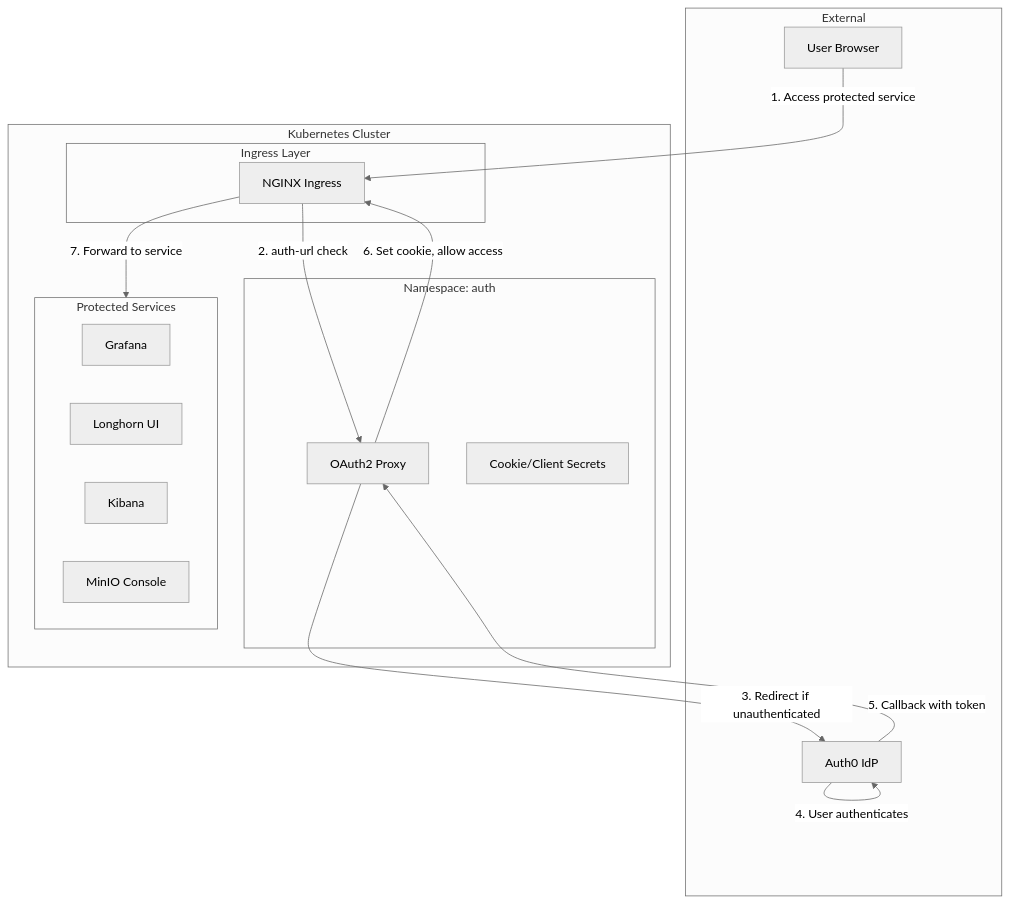
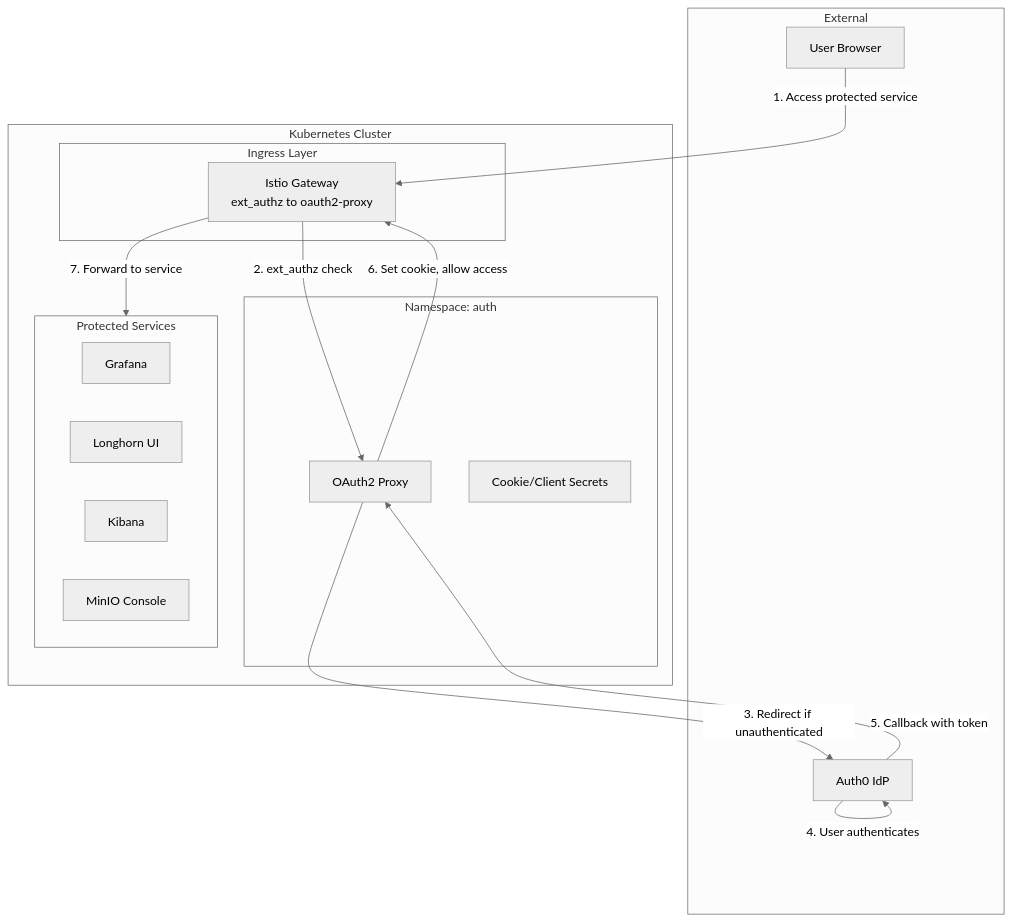
The first of 2 diagrams in docs/stage2/auth.md (chrisleekr/homelab-infrastructure), drawn with Mermaid (neutral theme) before and after one commit. The commit also changed other lines of this file and 143 other files, not shown here.

Commit message:
feat(stage2): migrate nginx-ingress to Istio Gateway API (#119)

````diff
--- a/docs/stage2/auth.md
+++ b/docs/stage2/auth.md
@@ -7,33 +7,33 @@
 ```mermaid
 flowchart TB
     subgraph external [External]
         User[User Browser]
         Auth0[Auth0 IdP]
     end
 
     subgraph k8s [Kubernetes Cluster]
         subgraph ingress [Ingress Layer]
-            Nginx[NGINX Ingress]
+            Gateway[Istio Gateway<br/>ext_authz to oauth2-proxy]
         end
 
         subgraph ns [Namespace: auth]
             OAuth2[OAuth2 Proxy]
             Secret[Cookie/Client Secrets]
         end
 
         subgraph protected [Protected Services]
             Grafana[Grafana]
             Longhorn[Longhorn UI]
             Kibana[Kibana]
             MinIO[MinIO Console]
         end
     end
 
-    User -->|1. Access protected service| Nginx
-    Nginx -->|2. auth-url check| OAuth2
+    User -->|1. Access protected service| Gateway
+    Gateway -->|2. ext_authz check| OAuth2
     OAuth2 -->|3. Redirect if unauthenticated| Auth0
     Auth0 -->|4. User authenticates| Auth0
     Auth0 -->|5. Callback with token| OAuth2
-    OAuth2 -->|6. Set cookie, allow access| Nginx
-    Nginx -->|7. Forward to service| protected
+    OAuth2 -->|6. Set cookie, allow access| Gateway
+    Gateway -->|7. Forward to service| protected
 ```
````
